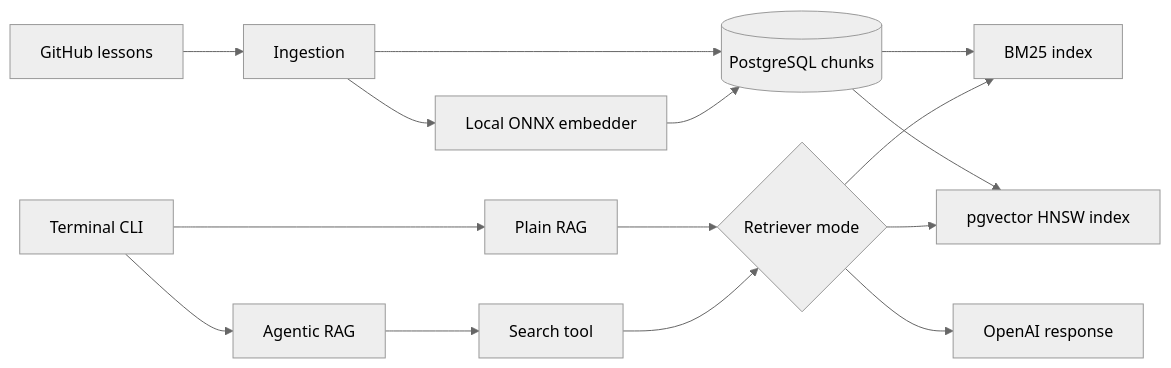
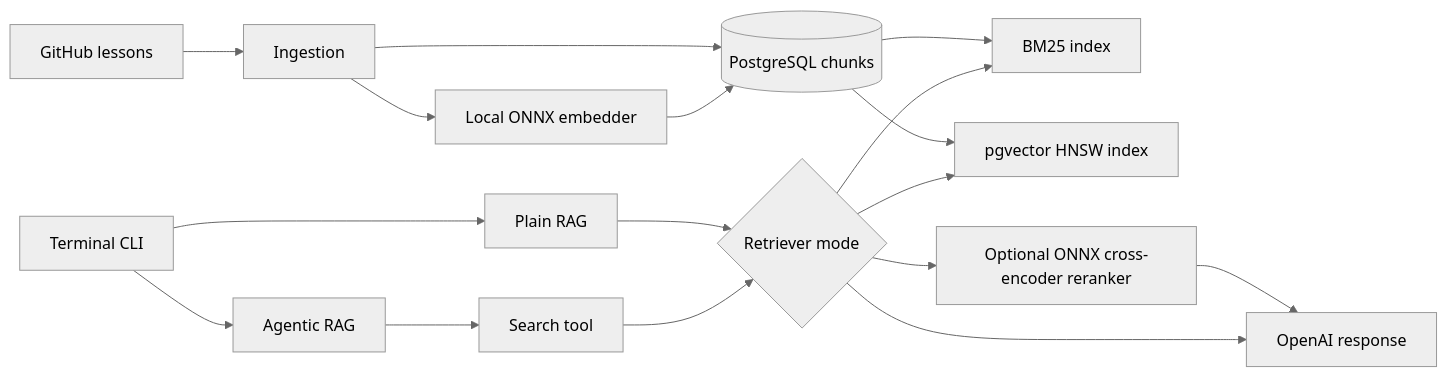
One commit to dosorio79/llm-zoomcamp changed the diagram in cli_rag/README.md. Above: the diagram before and after it, drawn with Mermaid (neutral theme). The commit also changed other lines of this file and 14 other files, not shown here.

Commit message:
Add ONNX cross-encoder reranking

````diff
--- a/cli_rag/README.md
+++ b/cli_rag/README.md
@@ -10,18 +10,20 @@
 ```mermaid
 flowchart LR
     Repo[GitHub lessons] --> Ingest[Ingestion]
     Ingest --> Embed[Local ONNX embedder]
     Ingest --> Store[(PostgreSQL chunks)]
     Embed --> Store
     Store --> BM25[BM25 index]
     Store --> HNSW[pgvector HNSW index]
 
     CLI[Terminal CLI] --> Plain[Plain RAG]
     CLI --> Agent[Agentic RAG]
     Agent --> Tools[Search tool]
     Plain --> Retriever{Retriever mode}
     Tools --> Retriever
     Retriever --> BM25
     Retriever --> HNSW
+    Retriever --> Reranker[Optional ONNX cross-encoder reranker]
+    Reranker --> LLM
     Retriever --> LLM[OpenAI response]
 ```
````
